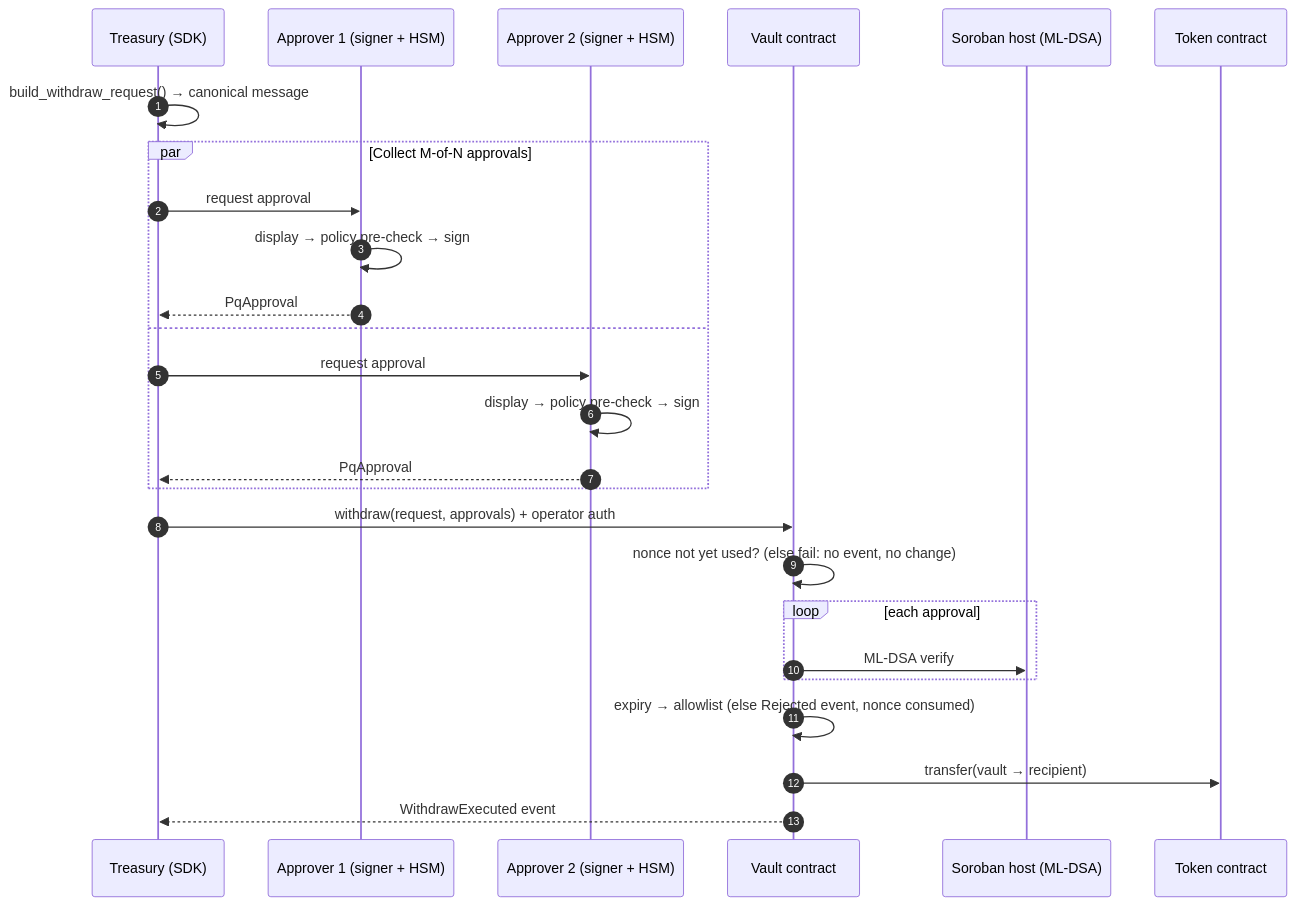
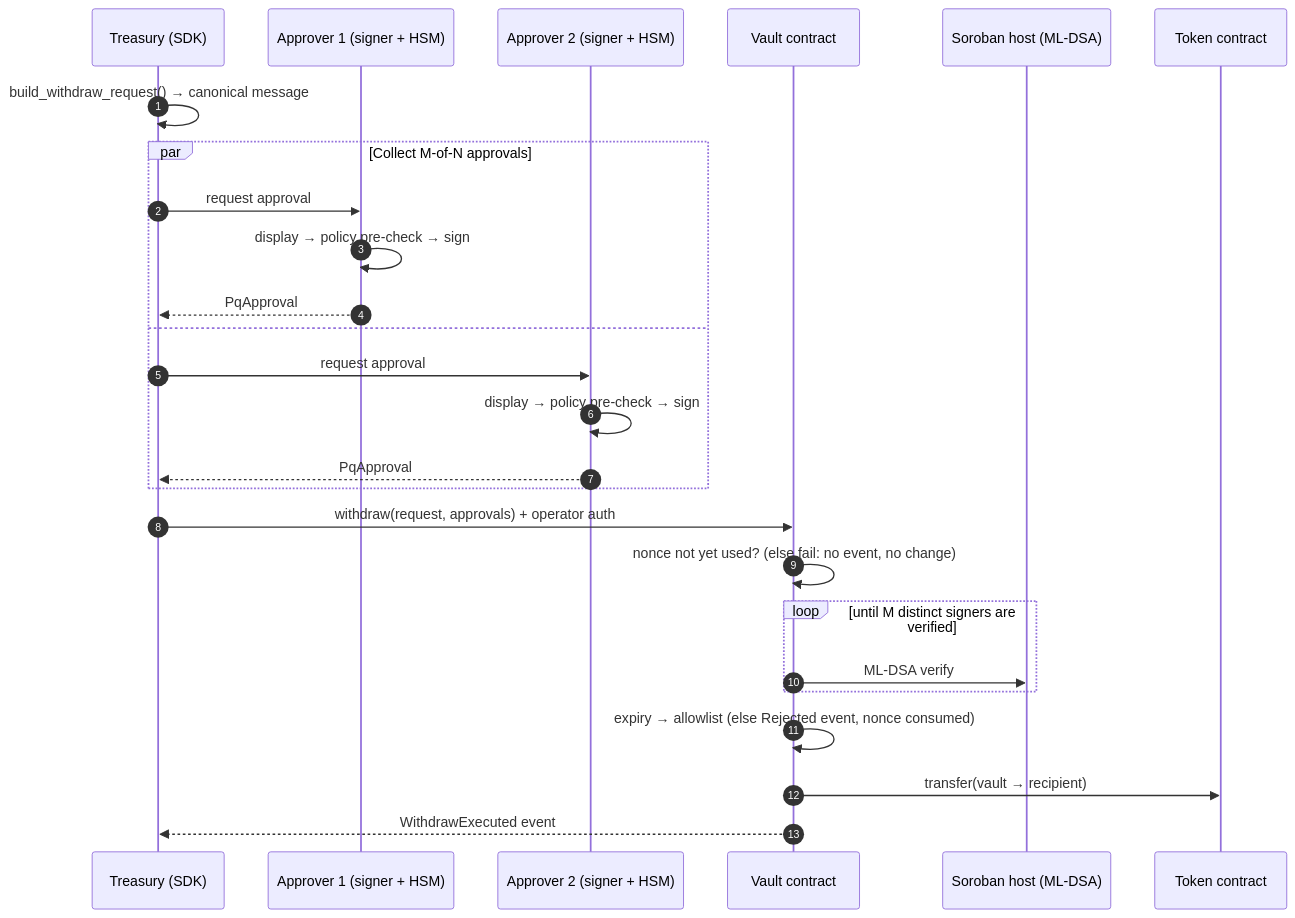
The second of 2 diagrams in README.md (osdeniz/qrypton-vault), drawn with Mermaid before and after one commit. The commit also changed other lines of this file and 4 other files, not shown here.

````diff
--- a/README.md
+++ b/README.md
@@ -115,29 +115,29 @@
 ```mermaid
 sequenceDiagram
     autonumber
     participant Op as Treasury (SDK)
     participant A1 as Approver 1 (signer + HSM)
     participant A2 as Approver 2 (signer + HSM)
     participant V as Vault contract
     participant H as Soroban host (ML-DSA)
     participant T as Token contract
 
     Op->>Op: build_withdraw_request() → canonical message
     par Collect M-of-N approvals
         Op->>A1: request approval
         A1->>A1: display → policy pre-check → sign
         A1-->>Op: PqApproval
     and
         Op->>A2: request approval
         A2->>A2: display → policy pre-check → sign
         A2-->>Op: PqApproval
     end
     Op->>V: withdraw(request, approvals) + operator auth
     V->>V: nonce not yet used? (else fail: no event, no change)
-    loop each approval
+    loop until M distinct signers are verified
         V->>H: ML-DSA verify
     end
     V->>V: expiry → allowlist (else Rejected event, nonce consumed)
     V->>T: transfer(vault → recipient)
     V-->>Op: WithdrawExecuted event
 ```
````
